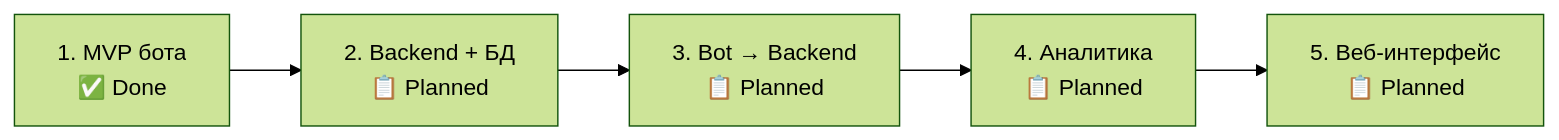
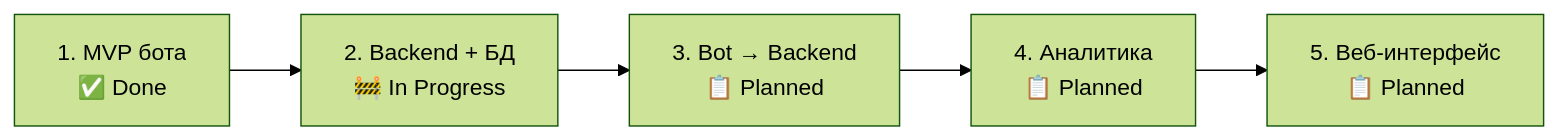
The diagram in docs/plan.md (zatulik2606/diaai), drawn with Mermaid (forest theme) before and after one commit. The commit also changed other lines of this file and 57 other files, not shown here.

````diff
--- a/docs/plan.md
+++ b/docs/plan.md
@@ -35,10 +35,10 @@
 ```mermaid
 flowchart LR
     E1["1. MVP бота\n✅ Done"]
-    E2["2. Backend + БД\n📋 Planned"]
+    E2["2. Backend + БД\n🚧 In Progress"]
     E3["3. Bot → Backend\n📋 Planned"]
     E4["4. Аналитика\n📋 Planned"]
     E5["5. Веб-интерфейс\n📋 Planned"]
 
     E1 --> E2 --> E3 --> E4 --> E5
 ```
````
